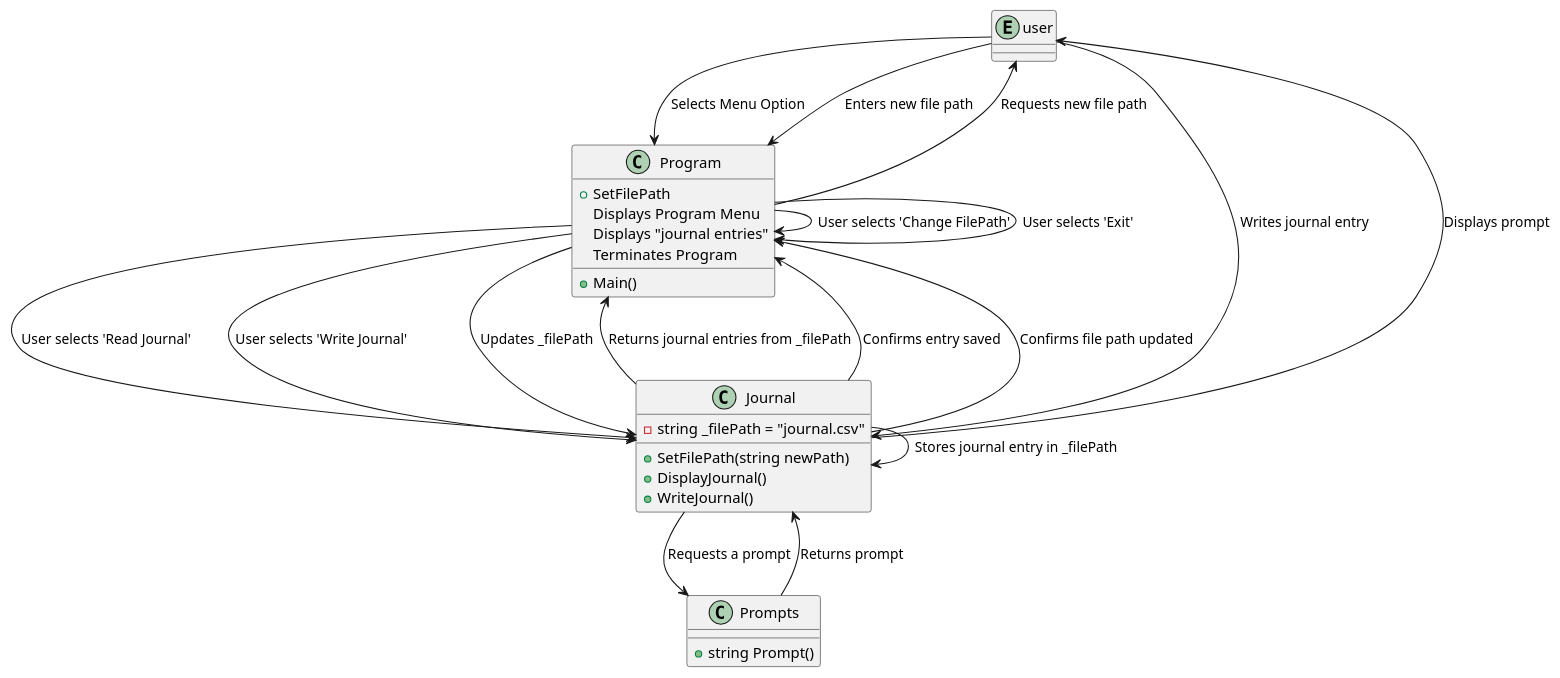
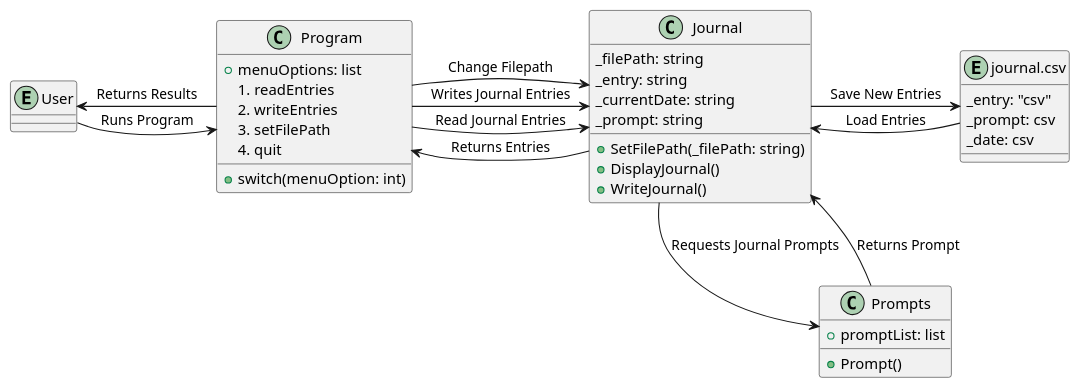
One commit to hwalkermerrill/cse210-programming-with-classes changed the diagram in prove/Develop02/classUML.wsd. Above: the diagram before and after it, drawn with PlantUML. The commit also changed 1 other file, not shown here.

```diff
--- a/prove/Develop02/classUML.wsd
+++ b/prove/Develop02/classUML.wsd
@@ -1,46 +1,48 @@
 @startuml
-entity "user" as User
+entity User
+entity "journal.csv" as CSVFile {
+  _entry: "csv"
+  _prompt: csv
+  _date: csv
+}
 
 class Program {
-    +Main()
-    +SetFilePath
+  +menuOptions: list
+    1. readEntries
+    2. writeEntries
+    3. setFilePath
+    4. quit
+  +switch(menuOption: int)
 }
 
 class Journal {
-    -string _filePath = "journal.csv"
-    +SetFilePath(string newPath)
-    +DisplayJournal()
-    +WriteJournal()
+  _filePath: string
+  _entry: string
+  _currentDate: string
+  _prompt: string
+  +SetFilePath(_filePath: string)
+  +DisplayJournal()
+  +WriteJournal()
 }
 
 class Prompts {
-    +string Prompt()
+  +promptList: list
+  +Prompt()
 }
 
-Program : Displays Program Menu
-User --> Program : "Selects Menu Option"
+User -> Program: Runs Program
+Program --> User: Returns Results
 
-Program --> Journal : "User selects 'Read Journal'"
-Journal --> Program : "Returns journal entries from _filePath"
-Program : Displays "journal entries"
-' Program : Returns to Program Menu
+Program -> Journal: Read Journal Entries
+Program -> Journal: Writes Journal Entries
+Program -> Journal: Change Filepath
+Journal --> Program: Returns Entries
 
-Program --> Journal : "User selects 'Write Journal'"
-Journal --> Prompts : "Requests a prompt"
-Prompts --> Journal : "Returns prompt"
-Journal --> User : "Displays prompt"
-User --> Journal : "Writes journal entry"
-Journal --> Journal : "Stores journal entry in _filePath"
-Journal --> Program : "Confirms entry saved"
-' Program : Returns to Program Menu
+Journal -> Prompts: Requests Journal Prompts
+Prompts --> Journal: Returns Prompt
 
-Program --> Program : "User selects 'Change FilePath'"
-Program --> User : "Requests new file path"
-User --> Program : "Enters new file path"
-Program --> Journal : "Updates _filePath"
-Journal --> Program : "Confirms file path updated"
-' Program : Returns to Program Menu
+Journal -> CSVFile: Save New Entries
+CSVFile --> Journal: Load Entries
 
-Program --> Program : "User selects 'Exit'"
-Program : Terminates Program
+CSVFile -[hidden]-> Prompts
 @enduml
```
